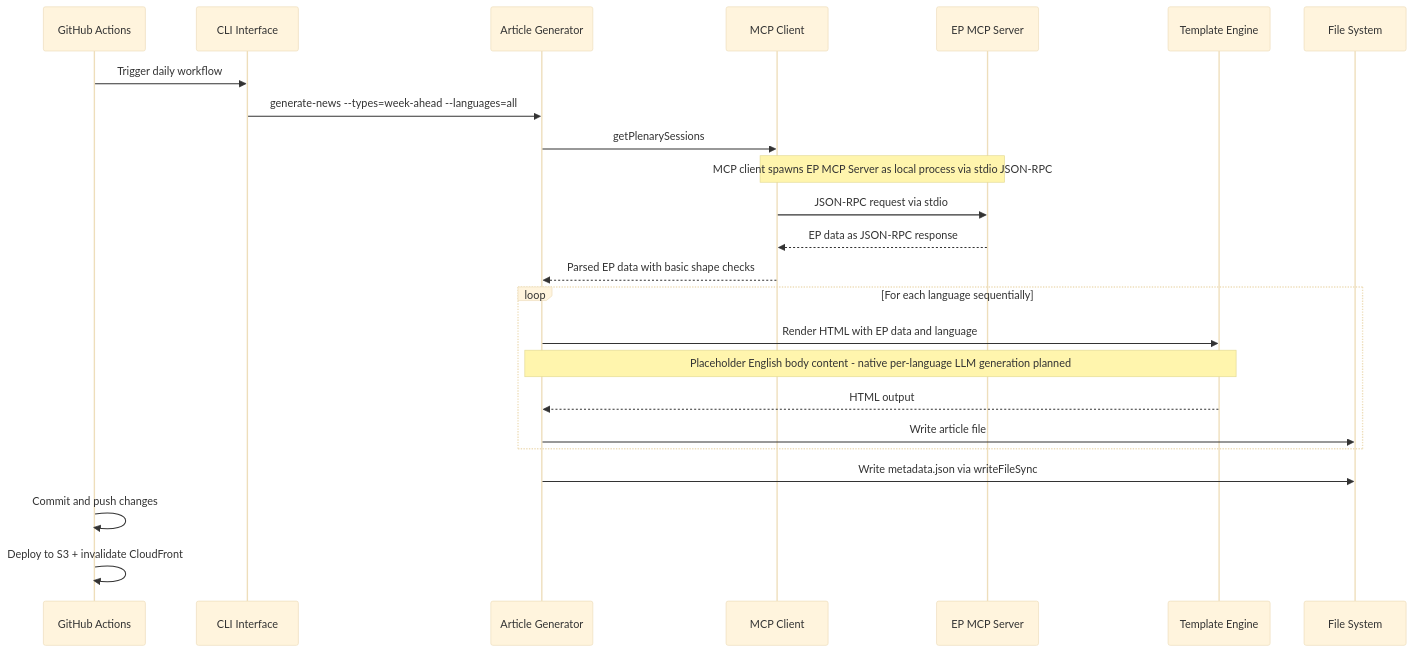
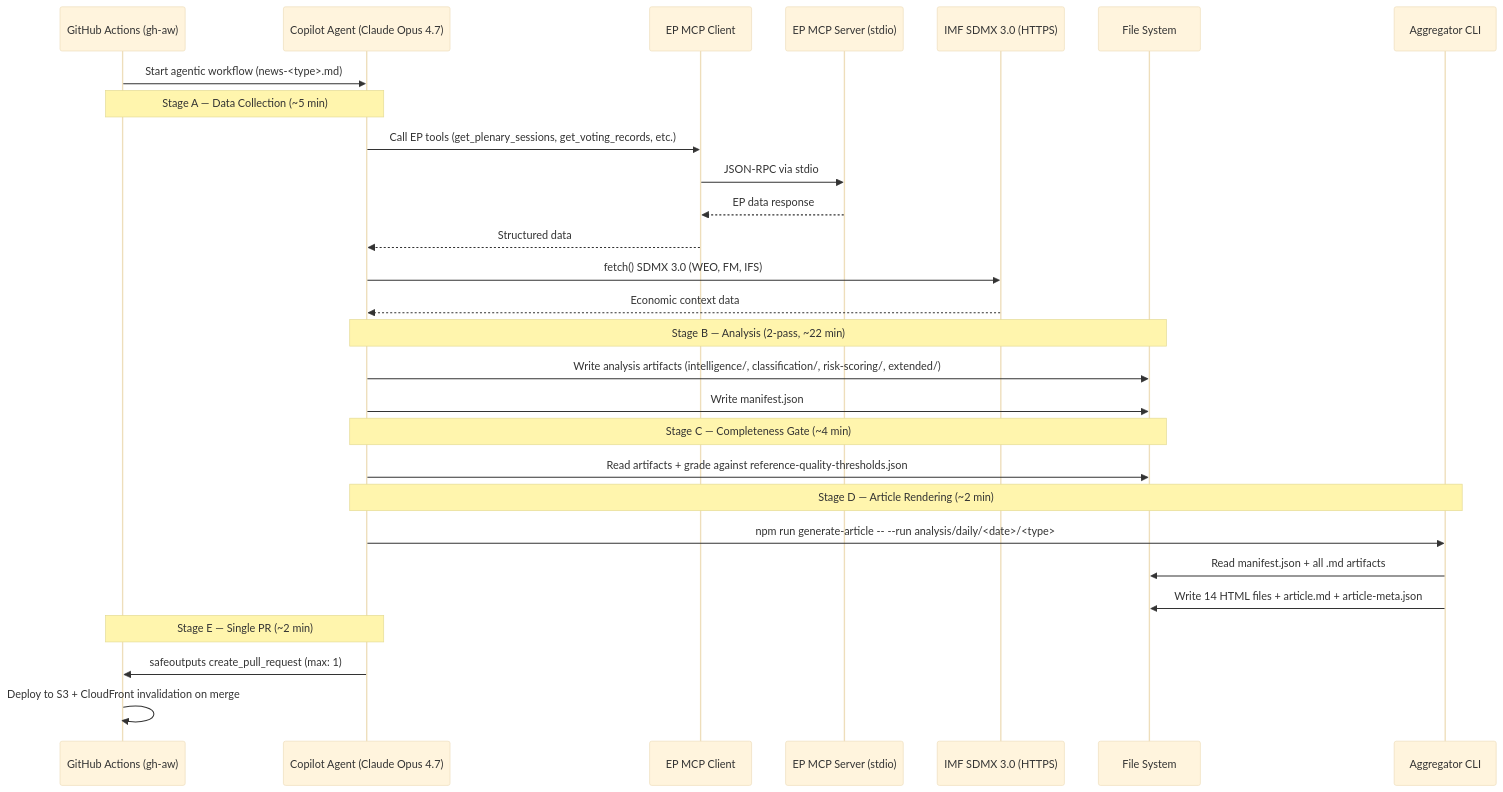
Before and after one commit to Hack23/euparliamentmonitor: the eighth of 12 diagrams in ARCHITECTURE.md, drawn with Mermaid (base theme). The commit also changed other lines of this file and 2 other files, not shown here.

````diff
--- a/ARCHITECTURE.md
+++ b/ARCHITECTURE.md
@@ -866,29 +897,35 @@
 ```mermaid
 sequenceDiagram
-    participant GHA as GitHub Actions
-    participant CLI as CLI Interface
-    participant Gen as Article Generator
-    participant MCP as MCP Client
-    participant EP as EP MCP Server
-    participant TPL as Template Engine
+    participant GHA as GitHub Actions (gh-aw)
+    participant Agent as Copilot Agent (Claude Opus 4.7)
+    participant MCP as EP MCP Client
+    participant EP as EP MCP Server (stdio)
+    participant IMF as IMF SDMX 3.0 (HTTPS)
     participant FS as File System
+    participant AGG as Aggregator CLI
 
-    GHA->>CLI: Trigger daily workflow
-    CLI->>Gen: generate-news --types=week-ahead --languages=all
-    Gen->>MCP: getPlenarySessions
-    Note over MCP,EP: MCP client spawns EP MCP Server as local process via stdio JSON-RPC
-    MCP->>EP: JSON-RPC request via stdio
-    EP-->>MCP: EP data as JSON-RPC response
-    MCP-->>Gen: Parsed EP data with basic shape checks
+    GHA->>Agent: Start agentic workflow (news-<type>.md)
+    Note over GHA,Agent: Stage A — Data Collection (~5 min)
+    Agent->>MCP: Call EP tools (get_plenary_sessions, get_voting_records, etc.)
+    MCP->>EP: JSON-RPC via stdio
+    EP-->>MCP: EP data response
+    MCP-->>Agent: Structured data
+    Agent->>IMF: fetch() SDMX 3.0 (WEO, FM, IFS)
+    IMF-->>Agent: Economic context data
 
-    loop For each language sequentially
-        Gen->>TPL: Render HTML with EP data and language
-        Note over Gen,TPL: Placeholder English body content - native per-language LLM generation planned
-        TPL-->>Gen: HTML output
-        Gen->>FS: Write article file
-    end
+    Note over Agent,FS: Stage B — Analysis (2-pass, ~22 min)
+    Agent->>FS: Write analysis artifacts (intelligence/, classification/, risk-scoring/, extended/)
+    Agent->>FS: Write manifest.json
 
-    Gen->>FS: Write metadata.json via writeFileSync
-    GHA->>GHA: Commit and push changes
-    GHA->>GHA: Deploy to S3 + invalidate CloudFront
+    Note over Agent,FS: Stage C — Completeness Gate (~4 min)
+    Agent->>FS: Read artifacts + grade against reference-quality-thresholds.json
+
+    Note over Agent,AGG: Stage D — Article Rendering (~2 min)
+    Agent->>AGG: npm run generate-article -- --run analysis/daily/<date>/<type>
+    AGG->>FS: Read manifest.json + all .md artifacts
+    AGG->>FS: Write 14 HTML files + article.md + article-meta.json
+
+    Note over Agent,GHA: Stage E — Single PR (~2 min)
+    Agent->>GHA: safeoutputs create_pull_request (max: 1)
+    GHA->>GHA: Deploy to S3 + CloudFront invalidation on merge
 ```
````
